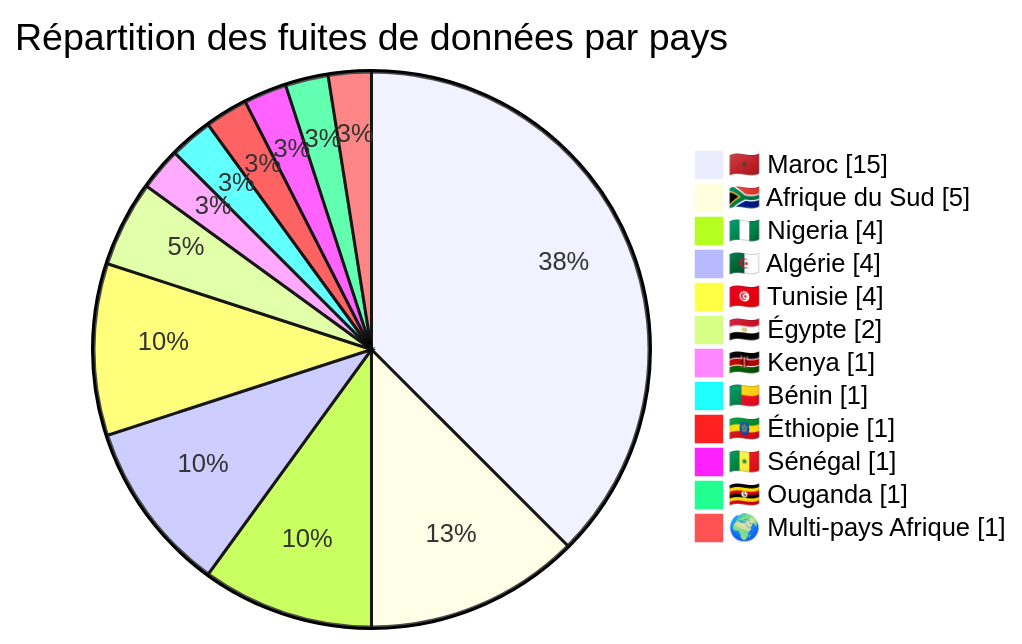
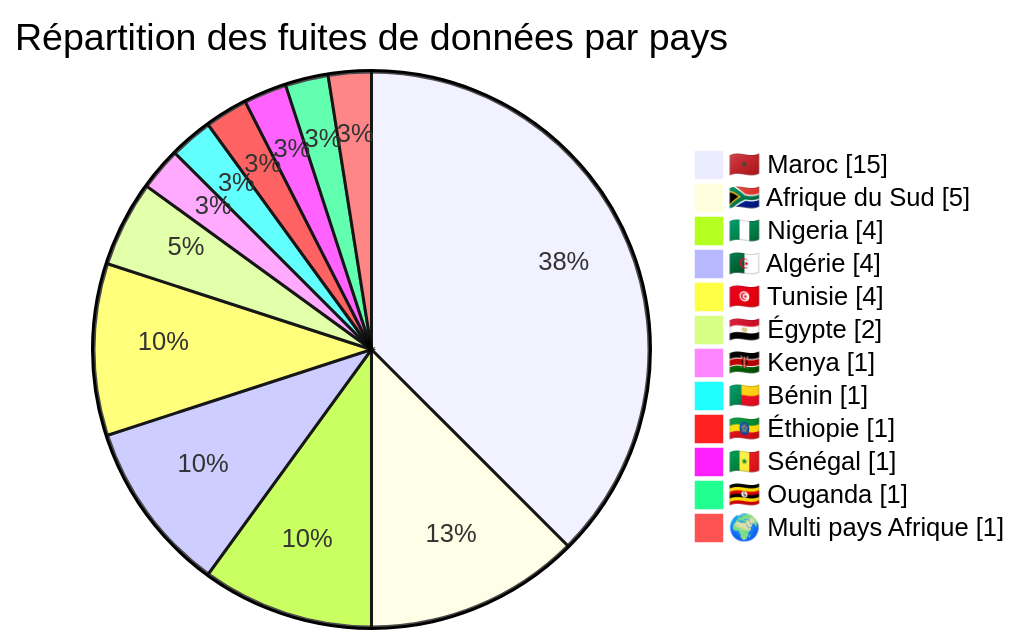
One commit to Hatchepsoute/AFRINTEL changed the third of 5 diagrams in reports/2026/04-april/README_FR.md. Above: the diagram before and after it, drawn with Mermaid. The commit also changed other lines of this file and 1 other file, not shown here.

Commit message:
Rapport CTI Avril 2026

````diff
--- a/reports/2026/04-april/README_FR.md
+++ b/reports/2026/04-april/README_FR.md
@@ -141,16 +141,16 @@
 ```mermaid
 pie showData
     title Répartition des fuites de données par pays
     "🇲🇦 Maroc" : 15
     "🇿🇦 Afrique du Sud" : 5
     "🇳🇬 Nigeria" : 4
     "🇩🇿 Algérie" : 4
     "🇹🇳 Tunisie" : 4
     "🇪🇬 Égypte" : 2
     "🇰🇪 Kenya" : 1
     "🇧🇯 Bénin" : 1
     "🇪🇹 Éthiopie" : 1
     "🇸🇳 Sénégal" : 1
     "🇺🇬 Ouganda" : 1
-    "🌍 Multi-pays Afrique" : 1
+    "🌍 Multi pays Afrique" : 1
 ```
````
